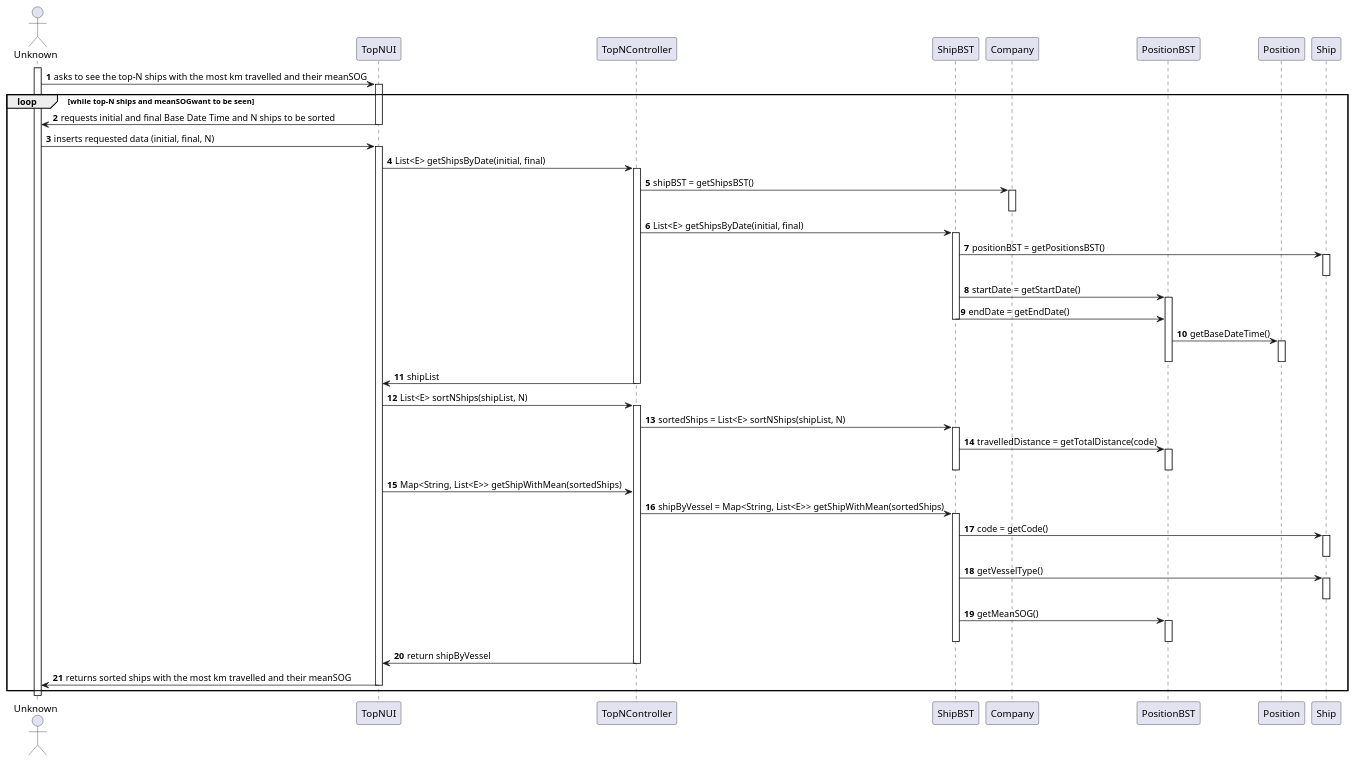
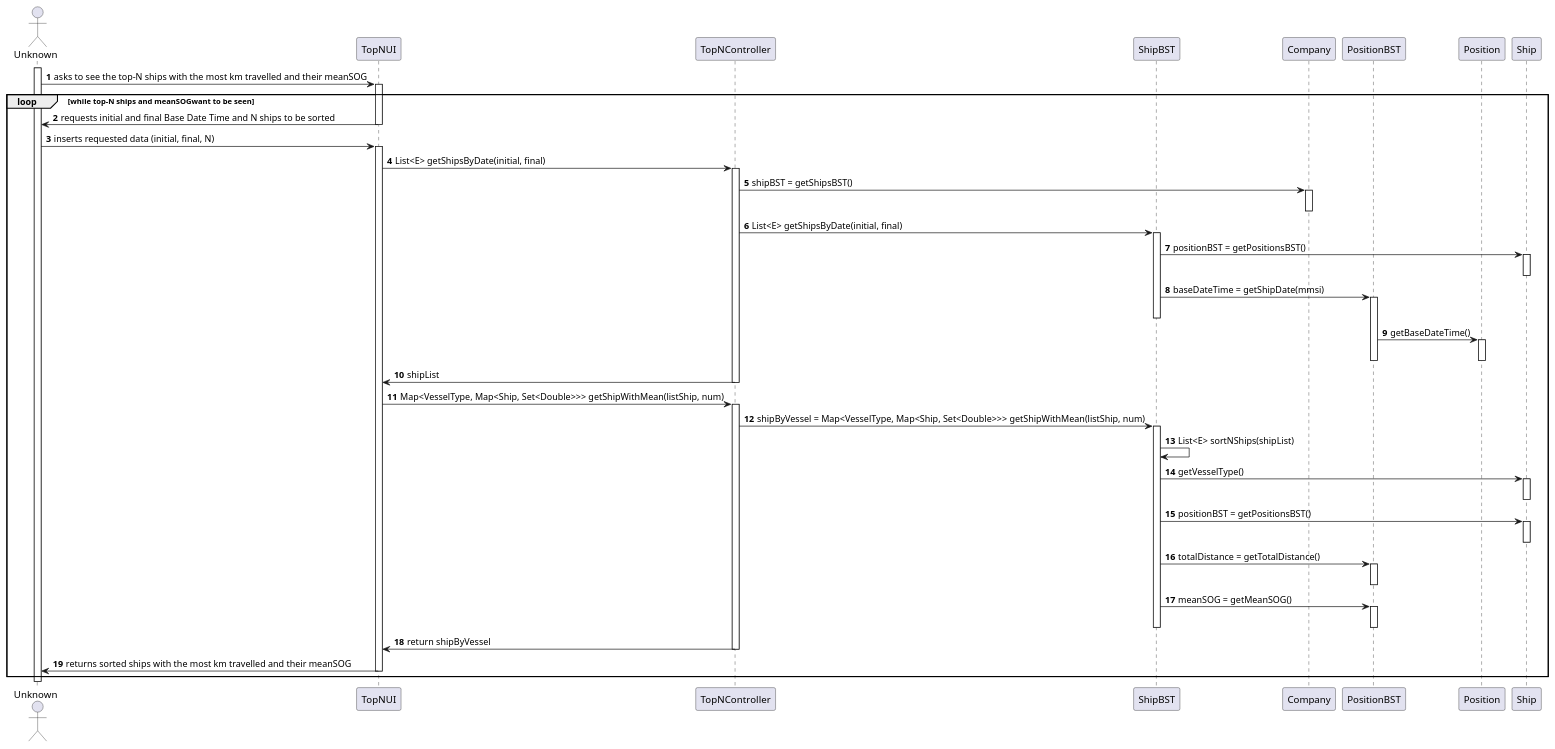
Before and after one commit to ana-albergaria/LAPR3-ISEP: the diagram in docs/US106/US106_SD.puml, drawn with PlantUML. The commit also changed 3 other files, not shown here.

```diff
--- a/docs/US106/US106_SD.puml
+++ b/docs/US106/US106_SD.puml
@@ -1,75 +1,74 @@
 @startuml
 autonumber
 'hide footbox
 actor "Unknown" as ADM
 
 participant "TopNUI" as UI
 participant "TopNController" as CTRL
 participant "ShipBST" as STORE
 participant "Company" as COMP
 participant "PositionBST" as BST
 participant "Position" as POS
 participant "Ship" as SHIP
 
 
 activate ADM
 ADM -> UI : asks to see the top-N ships with the most km travelled and their meanSOG
 activate UI
 loop while top-N ships and meanSOGwant to be seen
 UI -> ADM : requests initial and final Base Date Time and N ships to be sorted
 deactivate UI
 
 ADM -> UI : inserts requested data (initial, final, N)
 activate UI
 UI -> CTRL : List<E> getShipsByDate(initial, final)
 activate CTRL
 CTRL -> COMP : shipBST = getShipsBST()
 activate COMP
 deactivate COMP
 CTRL -> STORE : List<E> getShipsByDate(initial, final)
 activate STORE
 STORE -> SHIP : positionBST = getPositionsBST()
 
 activate SHIP
 deactivate SHIP
-STORE -> BST : startDate = getStartDate()
+STORE -> BST : baseDateTime = getShipDate(mmsi)
 activate BST
-STORE -> BST : endDate = getEndDate()
 deactivate STORE
 BST -> POS : getBaseDateTime()
 activate POS
 deactivate BST
 deactivate POS
 
 CTRL -> UI : shipList
 deactivate CTRL
 
-UI -> CTRL : List<E> sortNShips(shipList, N)
+UI -> CTRL : Map<VesselType, Map<Ship, Set<Double>>> getShipWithMean(listShip, num)
 activate CTRL
-CTRL -> STORE : sortedShips = List<E> sortNShips(shipList, N)
+CTRL -> STORE : shipByVessel = Map<VesselType, Map<Ship, Set<Double>>> getShipWithMean(listShip, num)
 activate STORE
-STORE -> BST : travelledDistance = getTotalDistance(code)
-activate BST
-deactivate BST
-deactivate STORE
-UI -> CTRL : Map<String, List<E>> getShipWithMean(sortedShips)
-CTRL -> STORE : shipByVessel = Map<String, List<E>> getShipWithMean(sortedShips)
-activate STORE
-STORE -> SHIP : code = getCode()
-activate SHIP
-deactivate SHIP
+STORE -> STORE : List<E> sortNShips(shipList)
 STORE -> SHIP : getVesselType()
 activate SHIP
 deactivate SHIP
-STORE -> BST : getMeanSOG()
+
+STORE -> SHIP : positionBST = getPositionsBST()
+activate SHIP
+deactivate SHIP
+
+STORE -> BST : totalDistance = getTotalDistance()
+activate BST
+deactivate BST
+
+STORE -> BST : meanSOG = getMeanSOG()
 activate BST
 deactivate BST
 deactivate STORE
 CTRL -> UI : return shipByVessel
 deactivate CTRL
 UI -> ADM : returns sorted ships with the most km travelled and their meanSOG
 deactivate UI
 end
 deactivate ADM
 
 @enduml
```
